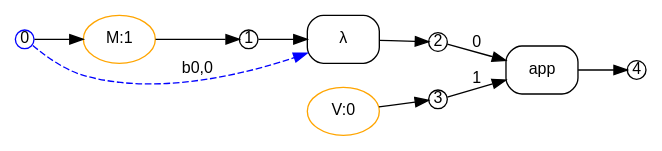
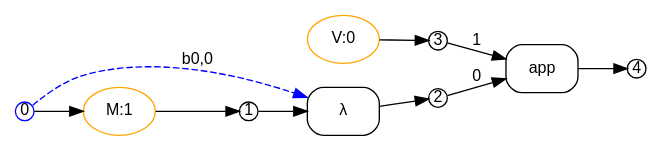
One commit to ammatsui/bhypvis changed the diagram in crates/bhyp/images/test_example_beta_rule_instance_v_to_lambda_x_tx/rule_span_before_instantiation_left.dot. Above: the diagram before and after it, drawn with Graphviz. The commit also changed other lines of this file and 738 other files, not shown here.

```diff
--- a/crates/bhyp/images/test_example_beta_rule_instance_v_to_lambda_x_tx/rule_span_before_instantiation_left.dot
+++ b/crates/bhyp/images/test_example_beta_rule_instance_v_to_lambda_x_tx/rule_span_before_instantiation_left.dot
@@ -1,33 +1,33 @@
 digraph rule_span_before_instantiation_left {
   fontname="Helvetica"
   fontsize=12
   rankdir=LR;
   node [fontname="Helvetica", fontsize=12];
   edge [fontname="Helvetica", fontsize=12];
 
   // Nodes
-  n0 [label="0", shape=circle, style=filled, fillcolor=white, color="blue", width=0.2, height=0.2, fixedsize=true];
   n2 [label="2", shape=circle, style=filled, fillcolor=white, color="black", width=0.2, height=0.2, fixedsize=true];
   n3 [label="3", shape=circle, style=filled, fillcolor=white, color="black", width=0.2, height=0.2, fixedsize=true];
+  n0 [label="0", shape=circle, style=filled, fillcolor=white, color="blue", width=0.2, height=0.2, fixedsize=true];
   n4 [label="4", shape=circle, style=filled, fillcolor=white, color="black", width=0.2, height=0.2, fixedsize=true];
   n1 [label="1", shape=circle, style=filled, fillcolor=white, color="black", width=0.2, height=0.2, fixedsize=true];
 
   // Hyperedges
+  e2 [label="V:0", shape=ellipse, style=rounded, color="orange"];
+  e1 [label="λ", shape=box, style=rounded, color="black"];
   e0 [label="M:1", shape=ellipse, style=rounded, color="orange"];
-  e1 [label="λ", shape=box, style=rounded, color="black"];
   e3 [label="app", shape=box, style=rounded, color="black"];
-  e2 [label="V:0", shape=ellipse, style=rounded, color="orange"];
 
   // Source connections
-  n0 -> e0 [label=""];
   n1 -> e1 [label=""];
   n0 -> e1 [style=dashed, color="blue", constraint=false, label="b0,0"];
+  n0 -> e0 [label=""];
   n2 -> e3 [label="0"];
   n3 -> e3 [label="1"];
 
   // Target connections
+  e2 -> n3 [label=""];
+  e1 -> n2 [label=""];
   e0 -> n1 [label=""];
-  e1 -> n2 [label=""];
   e3 -> n4 [label=""];
-  e2 -> n3 [label=""];
 }
```
